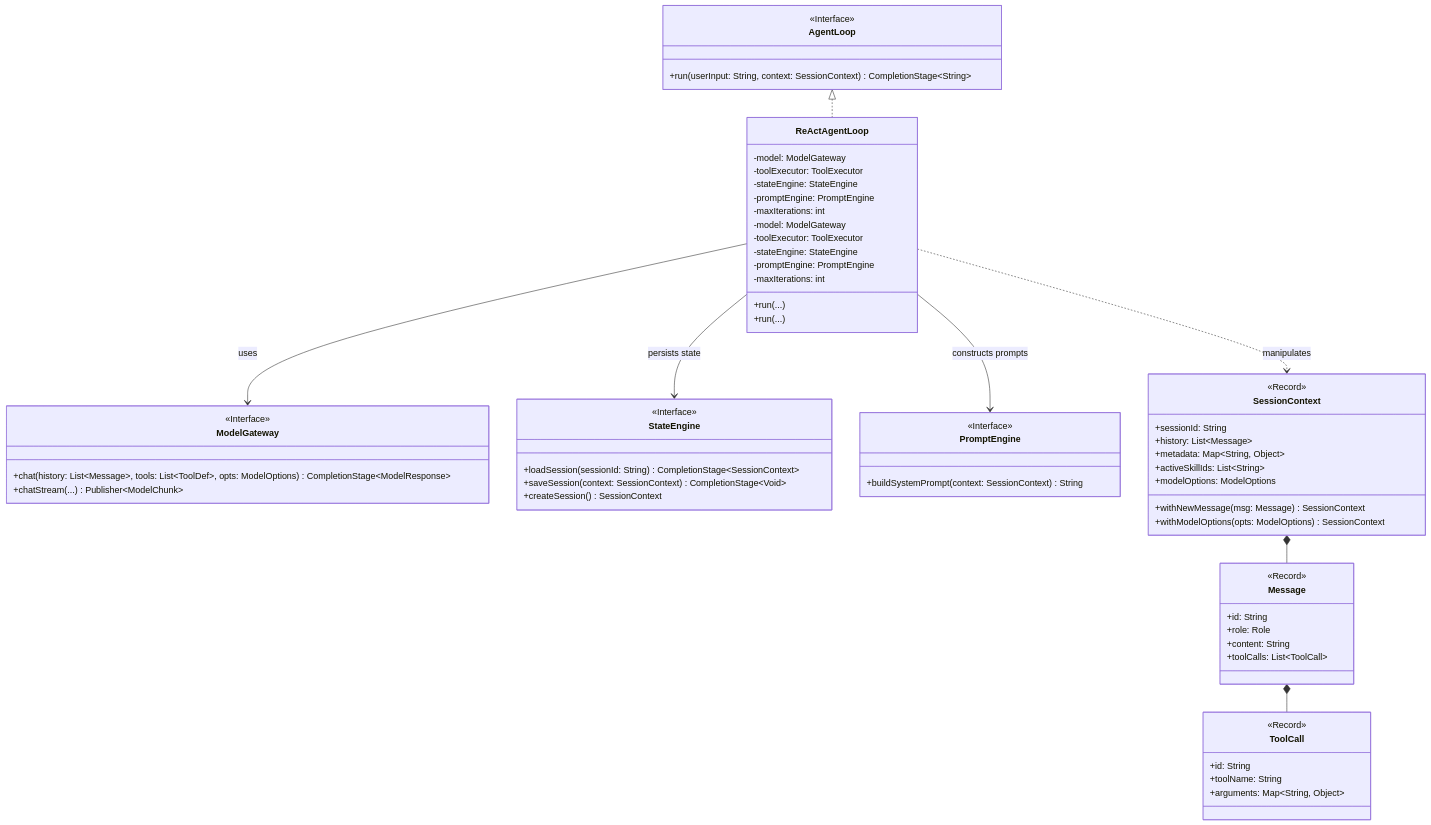
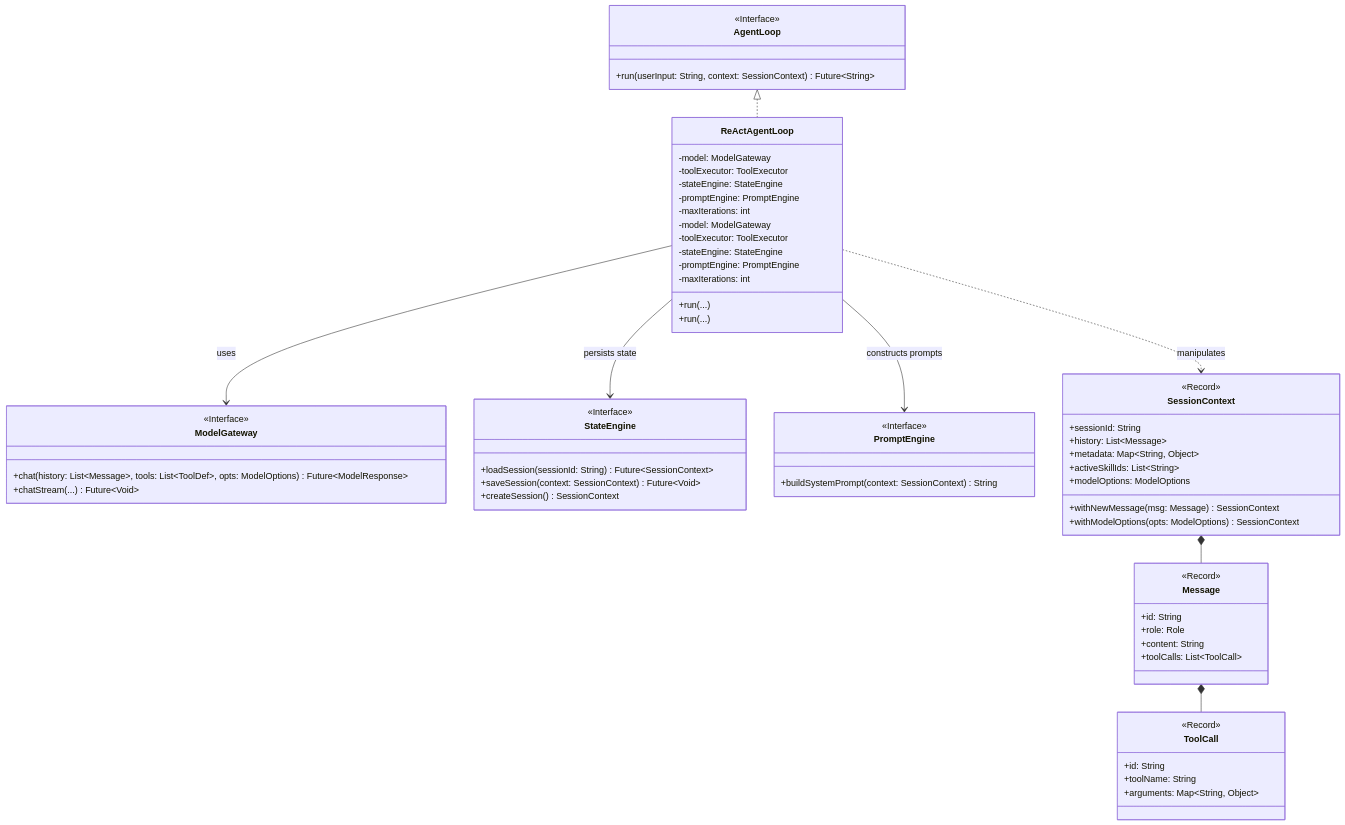
Before and after one commit to stream-iori/ganglia: the first of 3 diagrams in docs/CORE_KERNEL_DESIGN.md, drawn with Mermaid. The commit also changed other lines of this file and 1 other file, not shown here.

Commit message:
feat: implement OpenAIModelGateway and update core design

````diff
--- a/docs/CORE_KERNEL_DESIGN.md
+++ b/docs/CORE_KERNEL_DESIGN.md
@@ -13,78 +13,78 @@
 ```mermaid
 classDiagram
     class AgentLoop {
         <<Interface>>
-        +run(userInput: String, context: SessionContext) CompletionStage~String~
+        +run(userInput: String, context: SessionContext) Future~String~
     }
     
     class ReActAgentLoop {
         -model: ModelGateway
         -toolExecutor: ToolExecutor
         -stateEngine: StateEngine
         -promptEngine: PromptEngine
         -maxIterations: int
         +run(...)
     }
     
     AgentLoop <|.. ReActAgentLoop
     
     class ModelGateway {
         <<Interface>>
-        +chat(history: List~Message~, tools: List~ToolDef~, opts: ModelOptions) CompletionStage~ModelResponse~
-        +chatStream(...) Publisher~ModelChunk~
+        +chat(history: List~Message~, tools: List~ToolDef~, opts: ModelOptions) Future~ModelResponse~
+        +chatStream(...) Future~Void~
     }
     
     class StateEngine {
         <<Interface>>
-        +loadSession(sessionId: String) CompletionStage~SessionContext~
-        +saveSession(context: SessionContext) CompletionStage~Void~
+        +loadSession(sessionId: String) Future~SessionContext~
+        +saveSession(context: SessionContext) Future~Void~
         +createSession() SessionContext
     }
     
     class PromptEngine {
         <<Interface>>
         +buildSystemPrompt(context: SessionContext) String
     }
     
     class SessionContext {
         <<Record>>
         +sessionId: String
         +history: List~Message~
         +metadata: Map~String, Object~
         +activeSkillIds: List~String~
         +modelOptions: ModelOptions
         +withNewMessage(msg: Message) SessionContext
         +withModelOptions(opts: ModelOptions) SessionContext
     }
     
     class ReActAgentLoop {
         -model: ModelGateway
         -toolExecutor: ToolExecutor
         -stateEngine: StateEngine
         -promptEngine: PromptEngine
         -maxIterations: int
         +run(...)
     }
     
     class Message {
         <<Record>>
         +id: String
         +role: Role
         +content: String
         +toolCalls: List~ToolCall~
     }
     
     class ToolCall {
         <<Record>>
         +id: String
         +toolName: String
         +arguments: Map~String, Object~
     }
 
     ReActAgentLoop --> ModelGateway : uses
     ReActAgentLoop --> StateEngine : persists state
     ReActAgentLoop --> PromptEngine : constructs prompts
     ReActAgentLoop ..> SessionContext : manipulates
     SessionContext *-- Message
     Message *-- ToolCall
 ```
````
